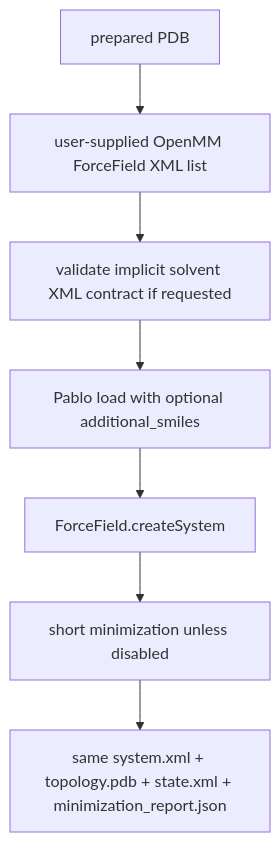
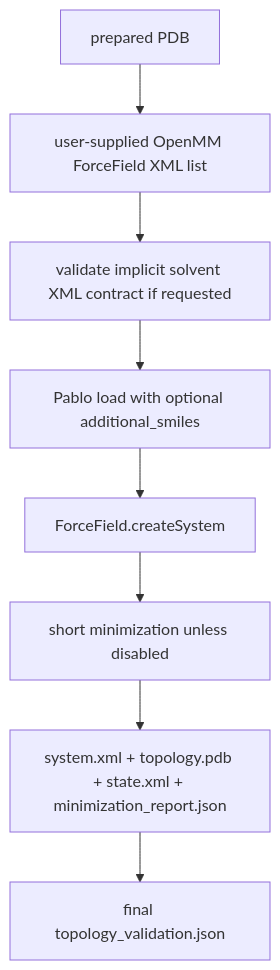
One commit to matsunagalab/mdclaw changed the sixth of 6 diagrams in docs/research/prep_workflow_flowchart.md. Above: the diagram before and after it, drawn with Mermaid. The commit also changed other lines of this file and 6 other files, not shown here.

First line of the commit message:
topology: the custom-XML builder was two months behind the curated one

````diff
--- a/docs/research/prep_workflow_flowchart.md
+++ b/docs/research/prep_workflow_flowchart.md
@@ -271,9 +271,10 @@
 ```mermaid
 flowchart TD
   A["prepared PDB"] --> B["user-supplied OpenMM ForceField XML list"]
   B --> C["validate implicit solvent XML contract if requested"]
   C --> D["Pablo load with optional additional_smiles"]
   D --> E["ForceField.createSystem"]
   E --> F["short minimization unless disabled"]
-  F --> G["same system.xml + topology.pdb + state.xml + minimization_report.json"]
+  F --> G["system.xml + topology.pdb + state.xml + minimization_report.json"]
+  G --> H["final topology_validation.json"]
 ```
````
